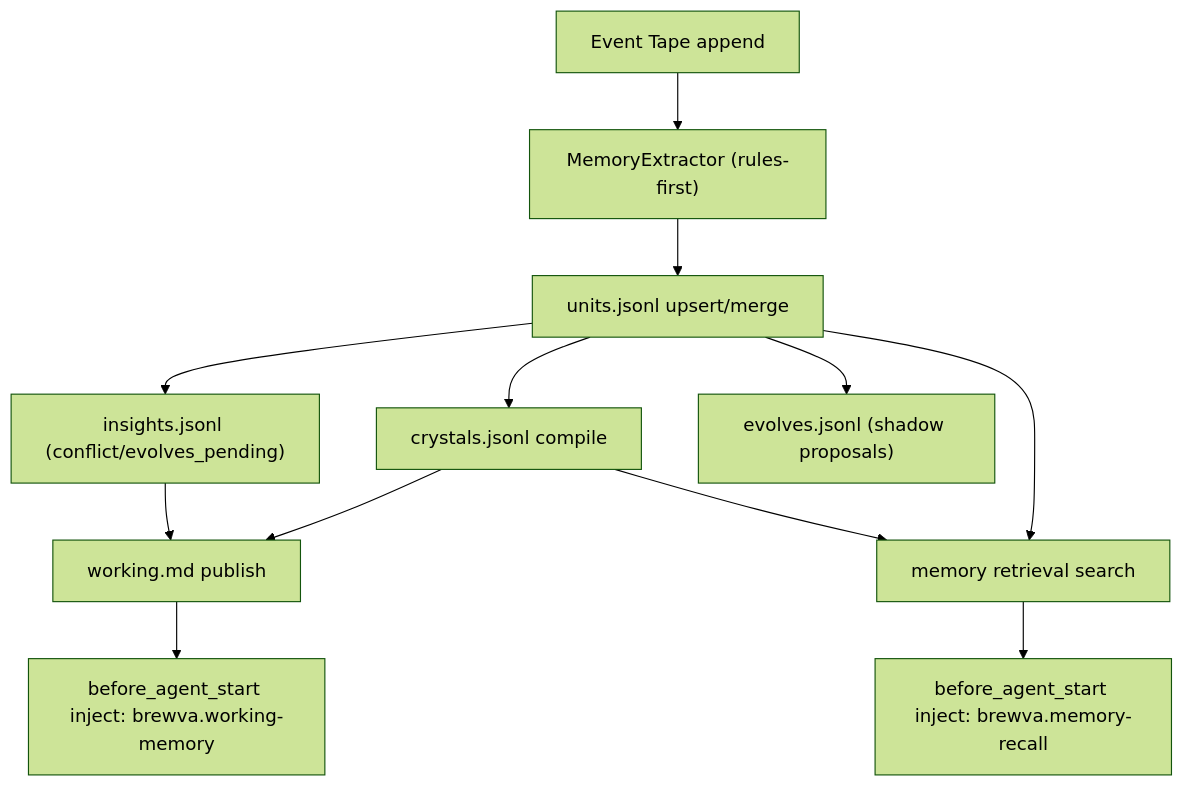
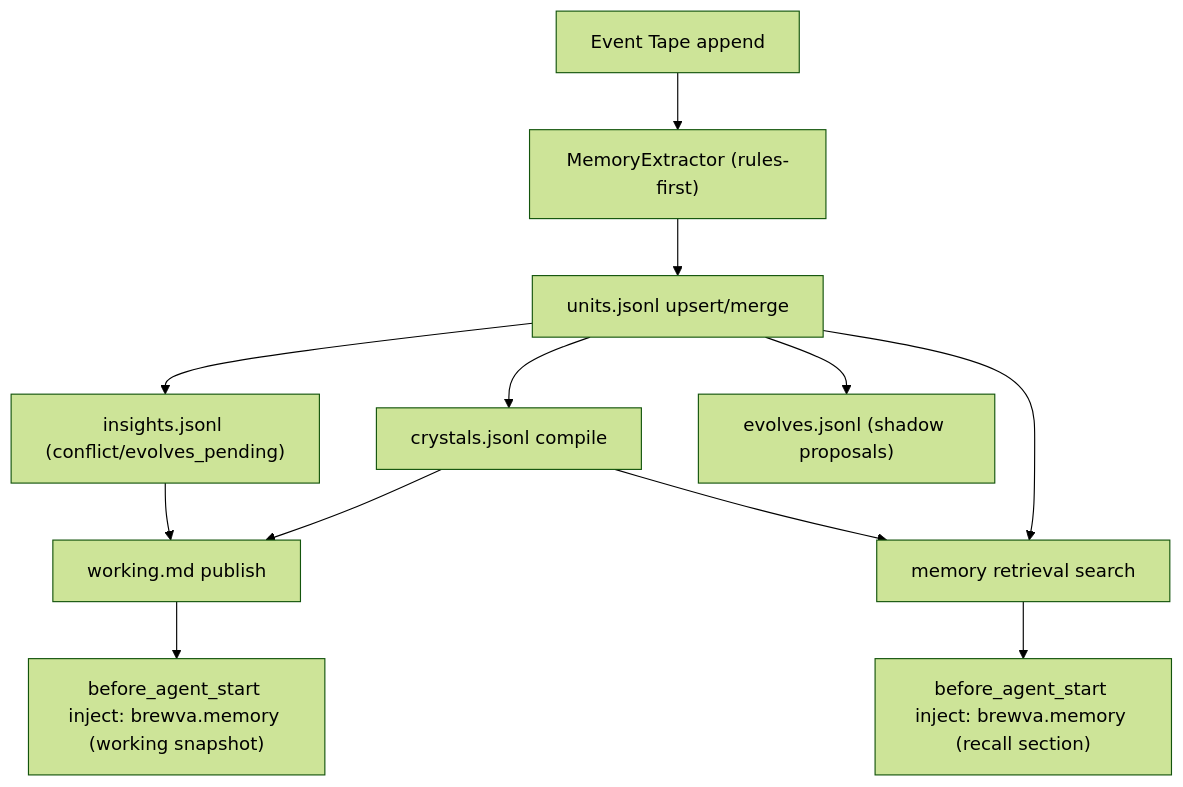
The fourth of 6 diagrams in docs/architecture/control-and-data-flow.md (arcthur/brewva), drawn with Mermaid (forest theme) before and after one commit. The commit also changed other lines of this file and 23 other files, not shown here.

First line of the commit message:
docs: align documentation across architecture, guides, and reference

````diff
--- a/docs/architecture/control-and-data-flow.md
+++ b/docs/architecture/control-and-data-flow.md
@@ -84,14 +85,14 @@
 ```mermaid
 flowchart TD
   EVT["Event Tape append"] --> EX["MemoryExtractor (rules-first)"]
   EX --> U["units.jsonl upsert/merge"]
   U --> C["crystals.jsonl compile"]
   U --> I["insights.jsonl (conflict/evolves_pending)"]
   U --> E["evolves.jsonl (shadow proposals)"]
   C --> W["working.md publish"]
   I --> W
-  W --> INJ["before_agent_start inject: brewva.working-memory"]
+  W --> INJ["before_agent_start inject: brewva.memory (working snapshot)"]
   U --> R["memory retrieval search"]
   C --> R
-  R --> INJ2["before_agent_start inject: brewva.memory-recall"]
+  R --> INJ2["before_agent_start inject: brewva.memory (recall section)"]
 ```
````
